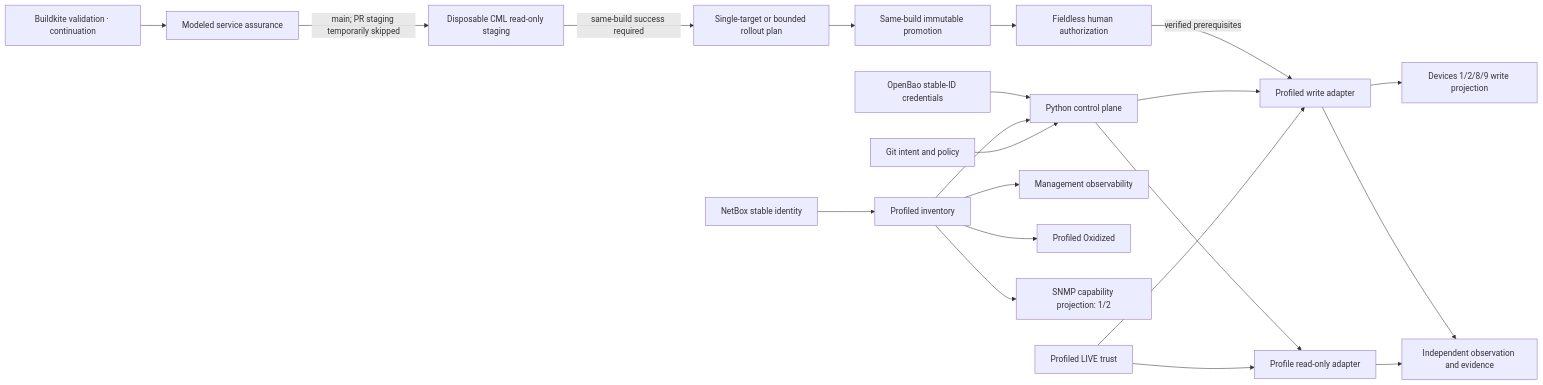
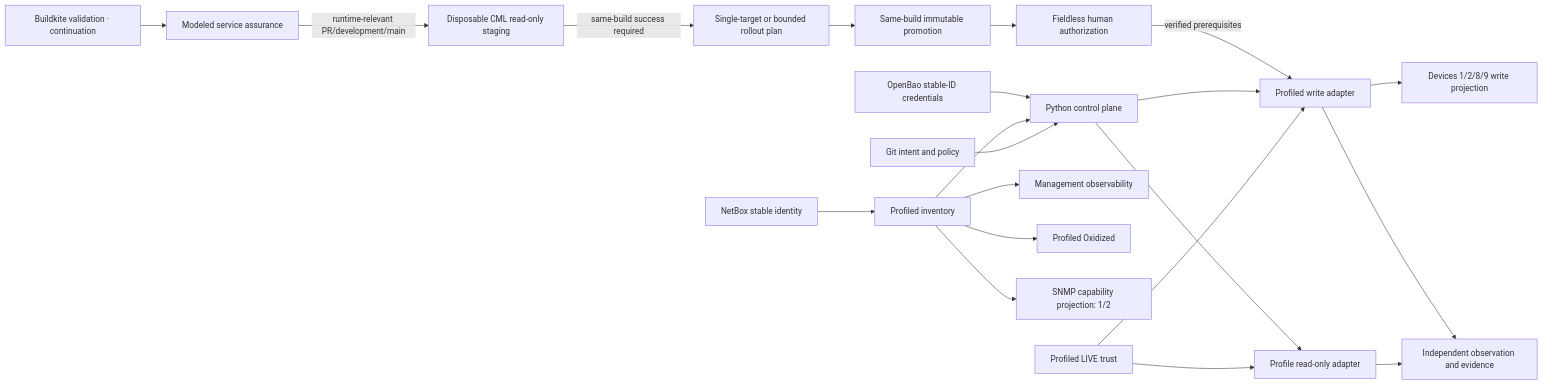
One commit to Atheer-Kareem/network-change-delivery-platform changed the diagram in docs/architecture/overview.md. Above: the diagram before and after it, drawn with Mermaid. The commit also changed other lines of this file and 20 other files, not shown here.

Commit message:
chore: restore PR CML staging after refinement acceptance (#168)

````diff
--- a/docs/architecture/overview.md
+++ b/docs/architecture/overview.md
@@ -8,23 +8,23 @@
 ```mermaid
 flowchart LR
   GH[Git intent and policy] --> PY[Python control plane]
   NB[NetBox stable identity] --> PI[Profiled inventory]
   PI --> PY
   OB[OpenBao stable-ID credentials] --> PY
   TR[Profiled LIVE trust] --> RO[Profile read-only adapter]
   TR --> WR[Profiled write adapter]
   PY --> RO
   PY --> WR
   WR --> LV[Devices 1/2/8/9 write projection]
   RO --> EV[Independent observation and evidence]
   WR --> EV
   PI --> OBS[Management observability]
   PI --> OX[Profiled Oxidized]
   PI --> SNMP[SNMP capability projection: 1/2]
   BK[Buildkite validation · continuation] --> BA[Modeled service assurance]
-  BA -->|main; PR staging temporarily skipped| CS[Disposable CML read-only staging]
+  BA -->|runtime-relevant PR/development/main| CS[Disposable CML read-only staging]
   CS -->|same-build success required| PL[Single-target or bounded rollout plan]
   PL --> PM[Same-build immutable promotion]
   PM --> HB[Fieldless human authorization]
   HB -->|verified prerequisites| WR
 ```
````
